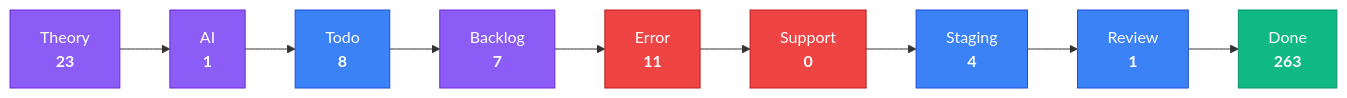
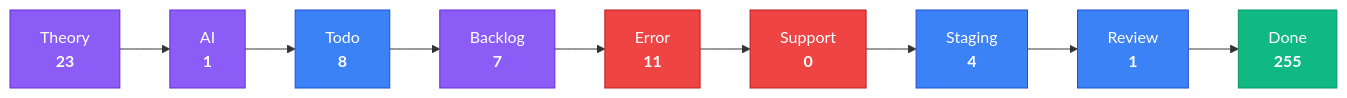
The third of 4 diagrams in apps/kbve/astro-kbve/src/content/docs/dashboard/kanban-data.mdx (KBVE/kbve), drawn with Mermaid before and after one commit. The commit also changed other lines of this file and 8 other files, not shown here.

````diff
--- a/apps/kbve/astro-kbve/src/content/docs/dashboard/kanban-data.mdx
+++ b/apps/kbve/astro-kbve/src/content/docs/dashboard/kanban-data.mdx
@@ -80,28 +80,28 @@
 ```mermaid
 flowchart LR
     classDef planning fill:#8b5cf6,stroke:#6d28d9,color:#fff
     classDef active fill:#3b82f6,stroke:#1d4ed8,color:#fff
     classDef blocked fill:#ef4444,stroke:#b91c1c,color:#fff
     classDef done fill:#10b981,stroke:#059669,color:#fff
     Theory["Theory<br/><strong>23</strong>"]
     Theory --> AI
     AI["AI<br/><strong>1</strong>"]
     AI --> Todo
     Todo["Todo<br/><strong>8</strong>"]
     Todo --> Backlog
     Backlog["Backlog<br/><strong>7</strong>"]
     Backlog --> Error
     Error["Error<br/><strong>11</strong>"]
     Error --> Support
     Support["Support<br/><strong>0</strong>"]
     Support --> Staging
     Staging["Staging<br/><strong>4</strong>"]
     Staging --> Review
     Review["Review<br/><strong>1</strong>"]
     Review --> Done
-    Done["Done<br/><strong>263</strong>"]
+    Done["Done<br/><strong>255</strong>"]
     class Theory,AI,Backlog planning
     class Todo,Staging,Review active
     class Error,Support blocked
     class Done done
 ```
````
